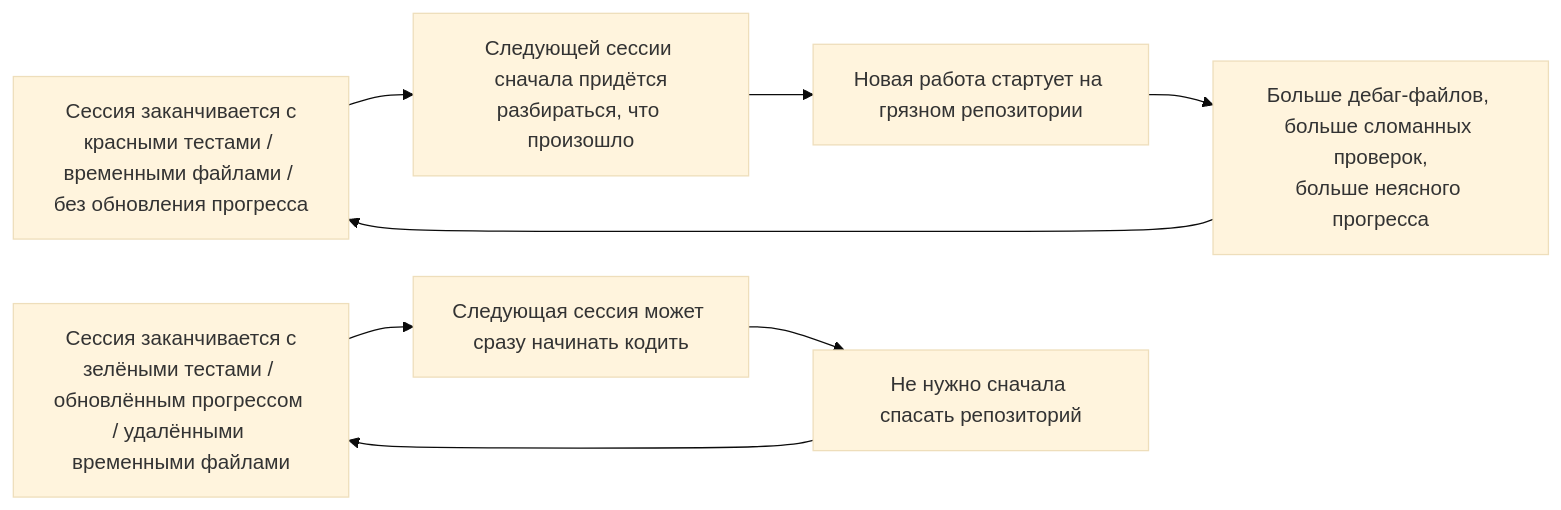
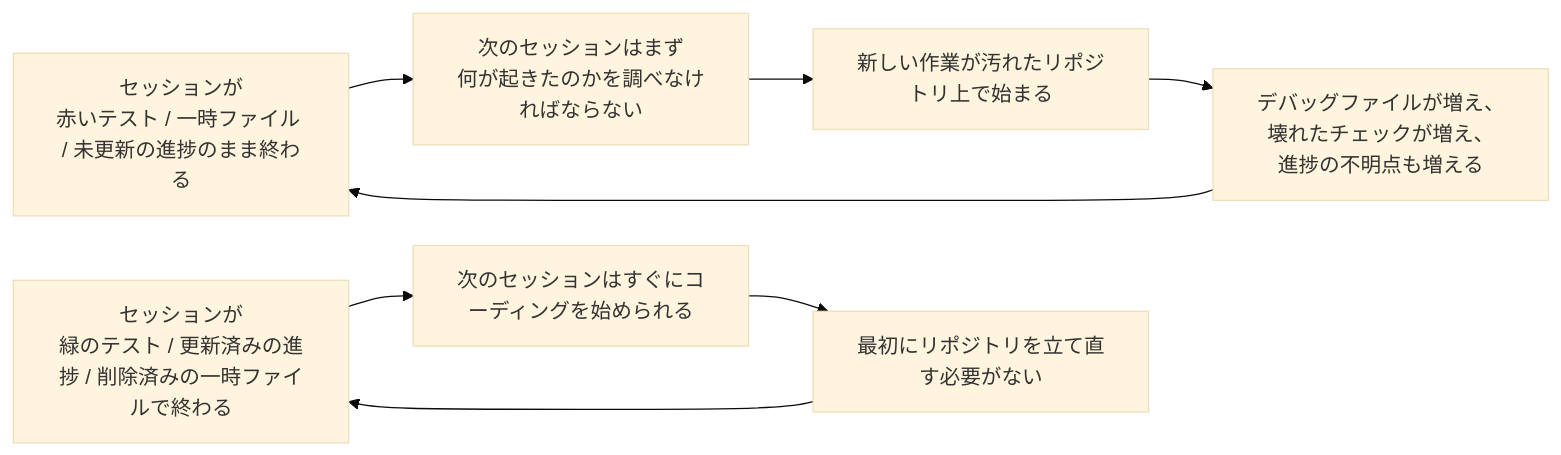
The second of 2 diagrams in docs/ru/lectures/lecture-12-why-every-session-must-leave-a-clean-state/index.md (mkusaka/learn-harness-engineering), drawn with Mermaid (base theme) before and after one commit. The commit also changed other lines of this file and 571 other files, not shown here.

````diff
--- a/docs/ru/lectures/lecture-12-why-every-session-must-leave-a-clean-state/index.md
+++ b/docs/ru/lectures/lecture-12-why-every-session-must-leave-a-clean-state/index.md
@@ -39,11 +39,11 @@
 ```mermaid
 flowchart LR
-    Dirty["Сессия заканчивается с<br/>красными тестами / временными файлами / без обновления прогресса"] --> Diagnose["Следующей сессии сначала придётся<br/>разбираться, что произошло"]
-    Diagnose --> Fragile["Новая работа стартует на грязном репозитории"]
-    Fragile --> More["Больше дебаг-файлов, больше сломанных проверок,<br/>больше неясного прогресса"]
+    Dirty["セッションが<br/>赤いテスト / 一時ファイル / 未更新の進捗のまま終わる"] --> Diagnose["次のセッションはまず<br/>何が起きたのかを調べなければならない"]
+    Diagnose --> Fragile["新しい作業が汚れたリポジトリ上で始まる"]
+    Fragile --> More["デバッグファイルが増え、壊れたチェックが増え、<br/>進捗の不明点も増える"]
     More --> Dirty
 
-    Clean["Сессия заканчивается с<br/>зелёными тестами / обновлённым прогрессом / удалёнными временными файлами"] --> Fast["Следующая сессия может сразу начинать кодить"]
-    Fast --> Stable["Не нужно сначала спасать репозиторий"]
+    Clean["セッションが<br/>緑のテスト / 更新済みの進捗 / 削除済みの一時ファイルで終わる"] --> Fast["次のセッションはすぐにコーディングを始められる"]
+    Fast --> Stable["最初にリポジトリを立て直す必要がない"]
     Stable --> Clean
 ```
````
